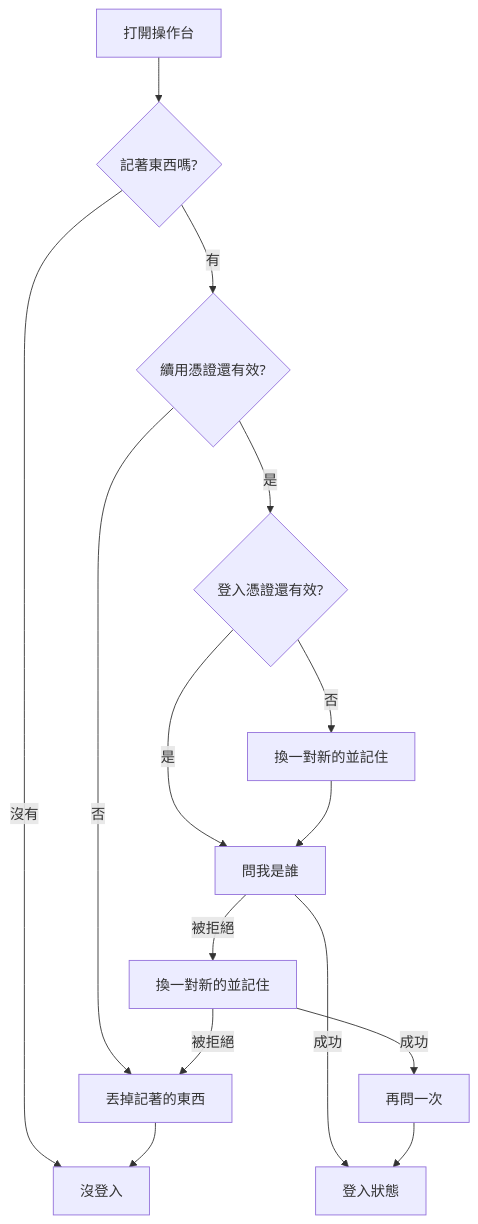
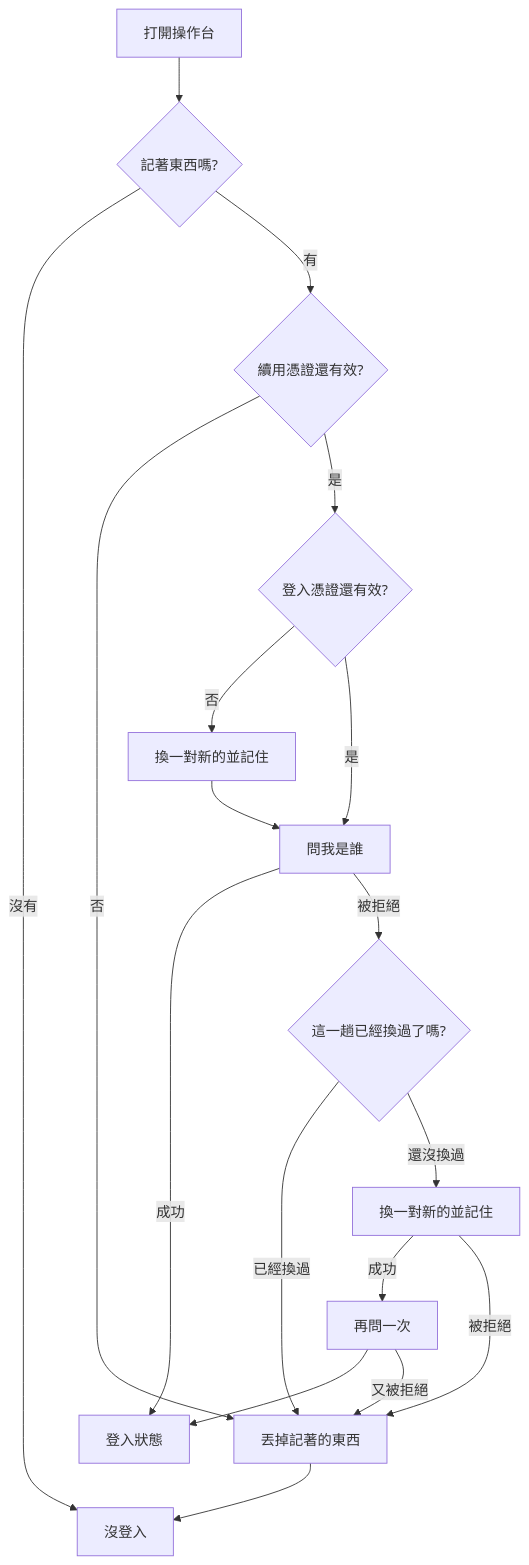
Before and after one commit to CodeMachine0121/go-trading-frontend: the diagram in .sdd/2026-09-05-session-renewal/PRD.md, drawn with Mermaid. The commit also changed other lines of this file and 10 other files, not shown here.

````diff
--- a/.sdd/2026-09-05-session-renewal/PRD.md
+++ b/.sdd/2026-09-05-session-renewal/PRD.md
@@ -162,15 +162,18 @@
 ```mermaid
 flowchart TD
     A[打開操作台] --> B{記著東西嗎?}
     B -- 沒有 --> N[沒登入]
     B -- 有 --> C{續用憑證還有效?}
     C -- 否 --> D[丟掉記著的東西] --> N
     C -- 是 --> E{登入憑證還有效?}
     E -- 否 --> F[換一對新的並記住]
     E -- 是 --> G[問我是誰]
     F --> G
     G -- 成功 --> H[登入狀態]
-    G -- 被拒絕 --> I[換一對新的並記住]
+    G -- 被拒絕 --> K{這一趟已經換過了嗎?}
+    K -- 已經換過 --> D
+    K -- 還沒換過 --> I[換一對新的並記住]
     I -- 成功 --> J[再問一次] --> H
+    J -- 又被拒絕 --> D
     I -- 被拒絕 --> D
 ```
````
